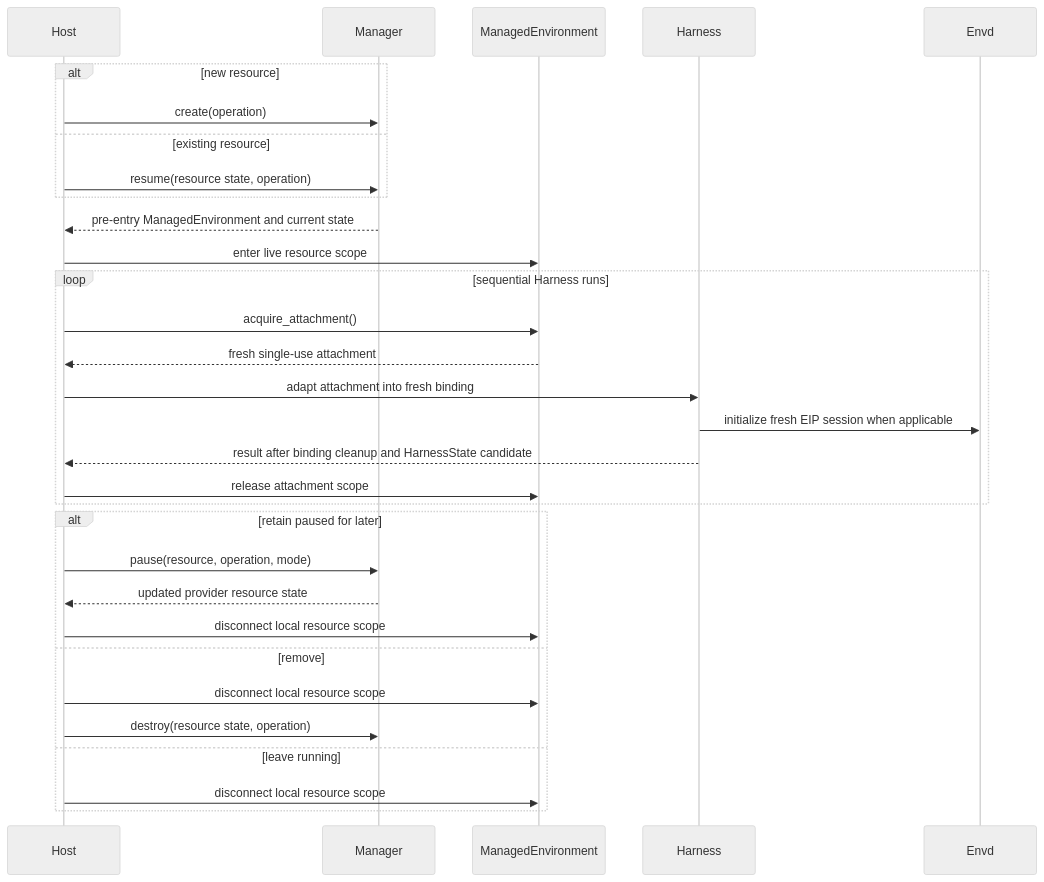
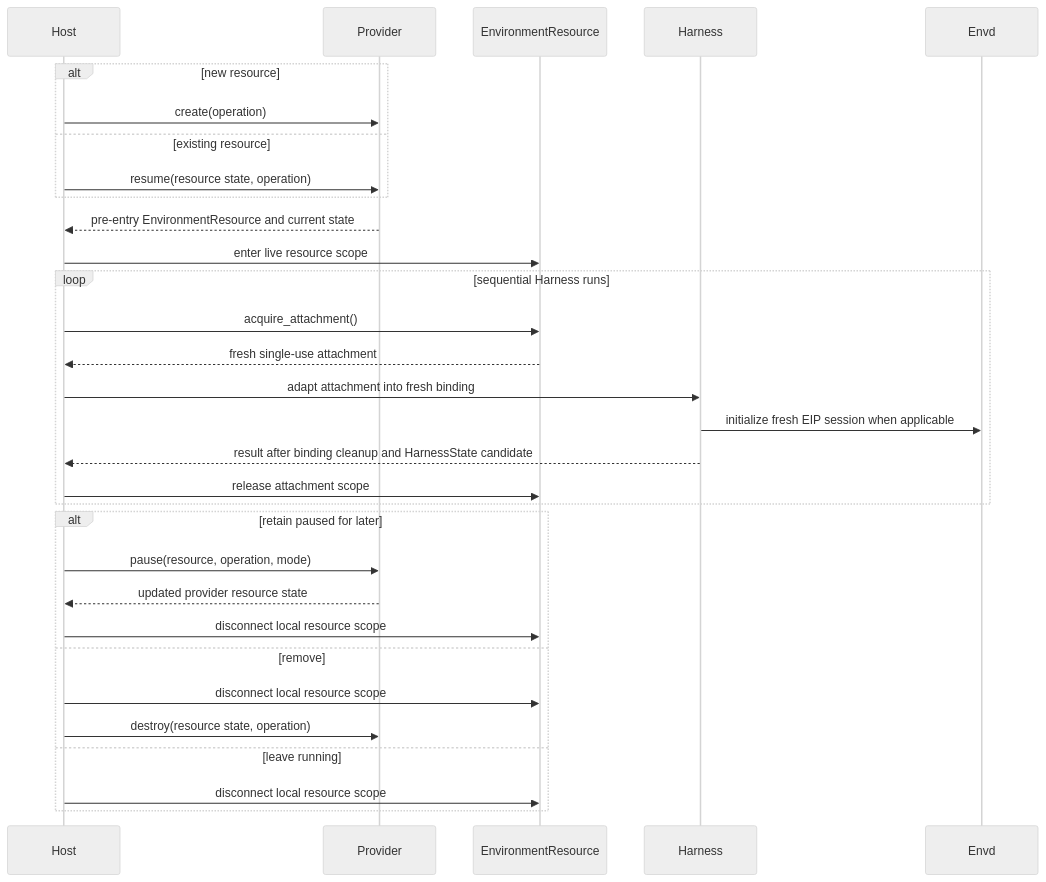
The diagram in spec/agent-environment-provider/02-resource-management-and-attachments.md (LTThreeComma/agent-foundation), drawn with Mermaid (neutral theme) before and after one commit. The commit also changed other lines of this file and 125 other files, not shown here.

````diff
--- a/spec/agent-environment-provider/02-resource-management-and-attachments.md
+++ b/spec/agent-environment-provider/02-resource-management-and-attachments.md
@@ -354,34 +373,34 @@
 ```mermaid
 sequenceDiagram
     participant Host
-    participant Manager
-    participant Resource as ManagedEnvironment
+    participant Provider
+    participant Resource as EnvironmentResource
     participant Harness
     participant Envd
 
     alt new resource
-        Host->>Manager: create(operation)
+        Host->>Provider: create(operation)
     else existing resource
-        Host->>Manager: resume(resource state, operation)
+        Host->>Provider: resume(resource state, operation)
     end
-    Manager-->>Host: pre-entry ManagedEnvironment and current state
+    Provider-->>Host: pre-entry EnvironmentResource and current state
     Host->>Resource: enter live resource scope
     loop sequential Harness runs
         Host->>Resource: acquire_attachment()
         Resource-->>Host: fresh single-use attachment
         Host->>Harness: adapt attachment into fresh binding
         Harness->>Envd: initialize fresh EIP session when applicable
         Harness-->>Host: result after binding cleanup and HarnessState candidate
         Host->>Resource: release attachment scope
     end
     alt retain paused for later
-        Host->>Manager: pause(resource, operation, mode)
-        Manager-->>Host: updated provider resource state
+        Host->>Provider: pause(resource, operation, mode)
+        Provider-->>Host: updated provider resource state
         Host->>Resource: disconnect local resource scope
     else remove
         Host->>Resource: disconnect local resource scope
-        Host->>Manager: destroy(resource state, operation)
+        Host->>Provider: destroy(resource state, operation)
     else leave running
         Host->>Resource: disconnect local resource scope
     end
 ```
````
